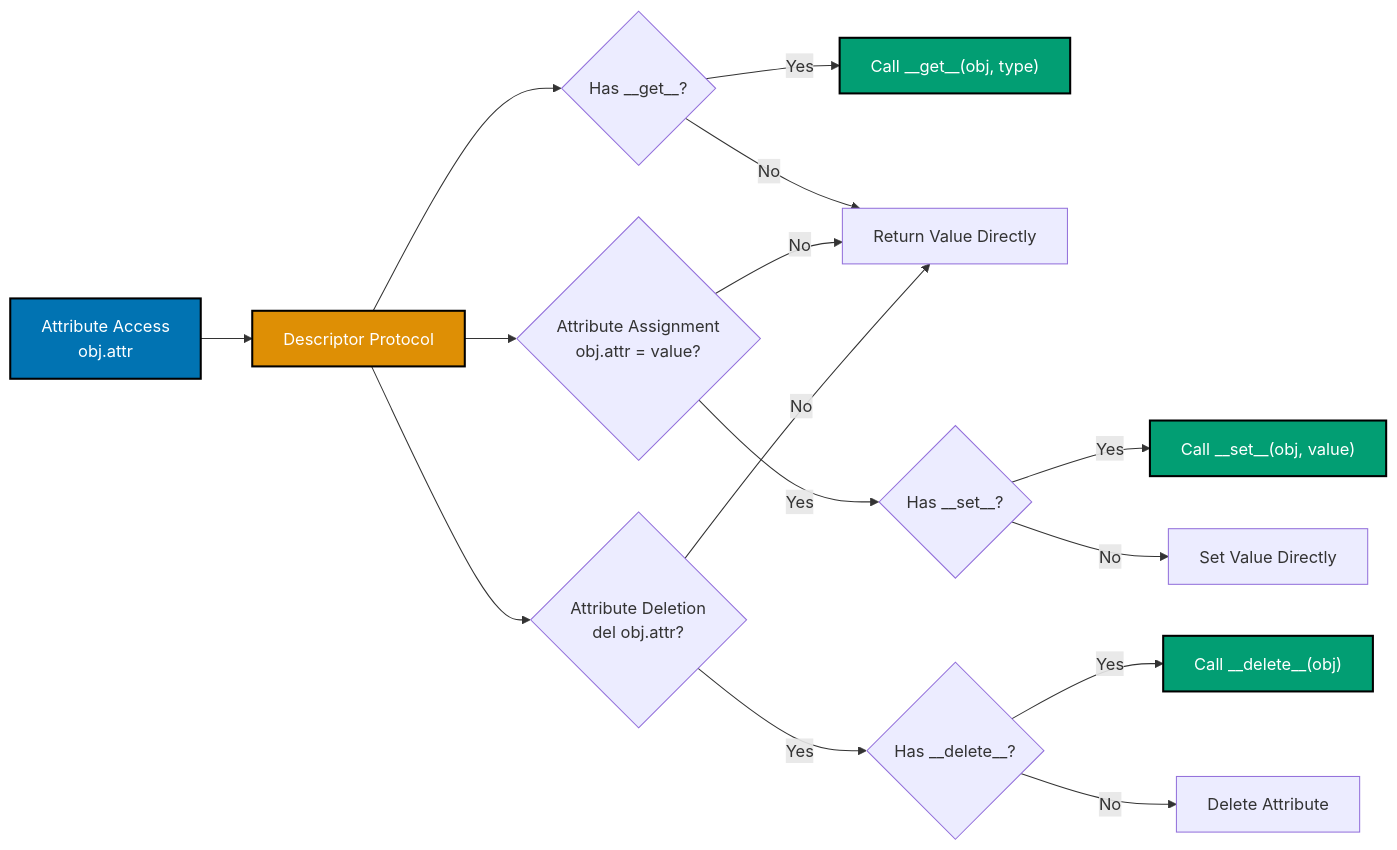
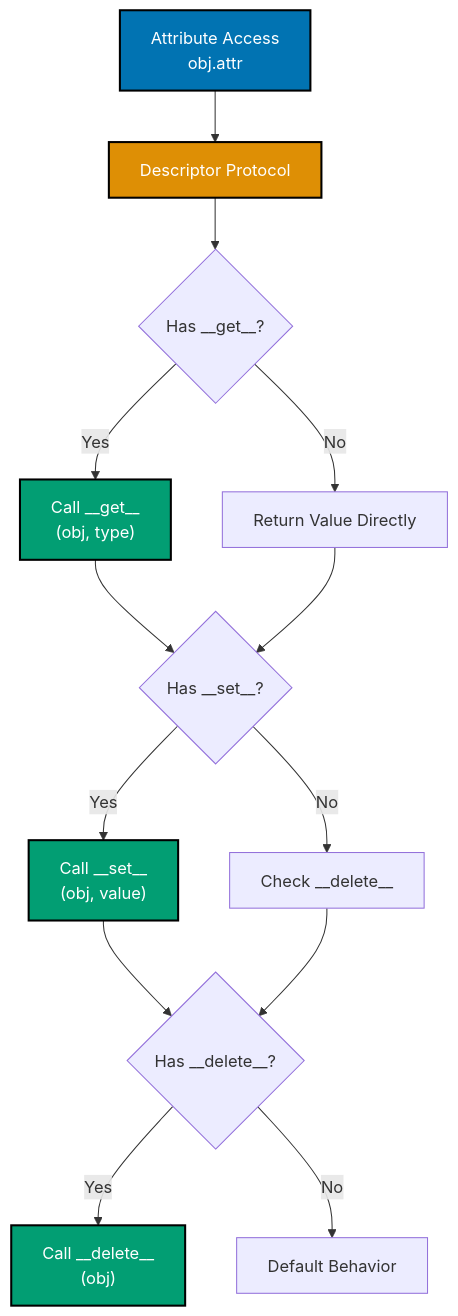
The fifth of 7 diagrams in docs/explanation/software-engineering/programming-languages/python/idioms.md (wahidyankf/ose-primer), drawn with Mermaid before and after one commit. The commit also changed 86 other files, not shown here.

````diff
--- a/docs/explanation/software-engineering/programming-languages/python/idioms.md
+++ b/docs/explanation/software-engineering/programming-languages/python/idioms.md
@@ -1367,29 +1367,27 @@
 ```mermaid
 %% Color Palette: Blue #0173B2, Orange #DE8F05, Teal #029E73, Purple #CC78BC
-graph LR
+graph TD
   A[Attribute Access<br/>obj.attr] --> B[Descriptor Protocol]
 
   B --> C{Has __get__?}
-  C -->|Yes| D[Call __get__#40;obj, type#41;]
-  C -->|No| E[Return Value Directly]
+  C -->|Yes| D[Call __get__<br/>#40;obj, type#41;]
+  C -->|No| E1[Return Value Directly]
 
-  B --> F{Attribute Assignment<br/>obj.attr = value?}
-  F -->|Yes| G{Has __set__?}
-  F -->|No| E
+  D --> F{Has __set__?}
+  E1 --> F
 
-  G -->|Yes| H[Call __set__#40;obj, value#41;]
-  G -->|No| I[Set Value Directly]
+  F -->|Yes| H[Call __set__<br/>#40;obj, value#41;]
+  F -->|No| G[Check __delete__]
 
-  B --> J{Attribute Deletion<br/>del obj.attr?}
-  J -->|Yes| K{Has __delete__?}
-  J -->|No| E
+  H --> K{Has __delete__?}
+  G --> K
 
-  K -->|Yes| L[Call __delete__#40;obj#41;]
-  K -->|No| M[Delete Attribute]
+  K -->|Yes| L[Call __delete__<br/>#40;obj#41;]
+  K -->|No| M[Default Behavior]
 
   style A fill:#0173B2,stroke:#000,color:#fff,stroke-width:2px
   style B fill:#DE8F05,stroke:#000,color:#fff,stroke-width:2px
   style D fill:#029E73,stroke:#000,color:#fff,stroke-width:2px
   style H fill:#029E73,stroke:#000,color:#fff,stroke-width:2px
   style L fill:#029E73,stroke:#000,color:#fff,stroke-width:2px
 ```
````
